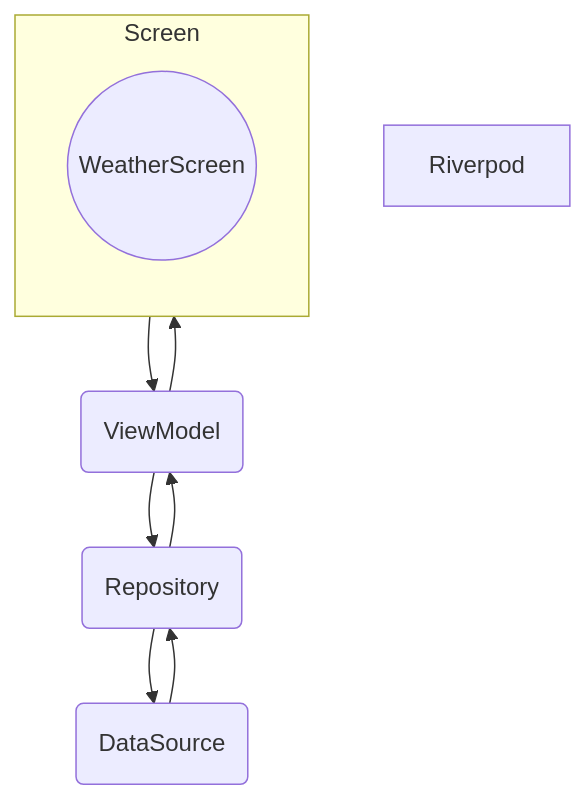
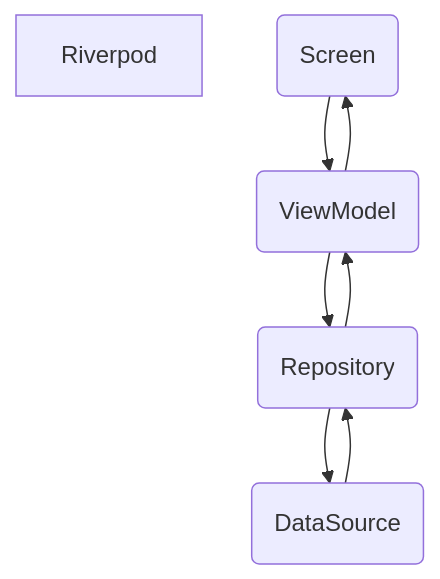
Before and after one commit to iseruuuuu/flutter_yumemi_training_app: the first of 2 diagrams in ARCHITECTURE.md, drawn with Mermaid.

Commit message:
fix: ARCHITECTURE.md を更新をしなくてもいいようにするために、具体的な名前（WeatherScreen）を削除しました。

````diff
--- a/ARCHITECTURE.md
+++ b/ARCHITECTURE.md
@@ -5,21 +5,15 @@
 ```mermaid
 flowchart TB
 Riverpod
-
-subgraph Screen
-direction TB
-WeatherScreen((WeatherScreen))
-
-end
 
 Screen(Screen)
 ViewModel(ViewModel)
 Repository(Repository)
 DataSource(DataSource)
 Screen --> ViewModel
 ViewModel --> Screen
 Repository --> ViewModel
 ViewModel --> Repository
 Repository --> DataSource
 DataSource --> Repository
 ```
````
